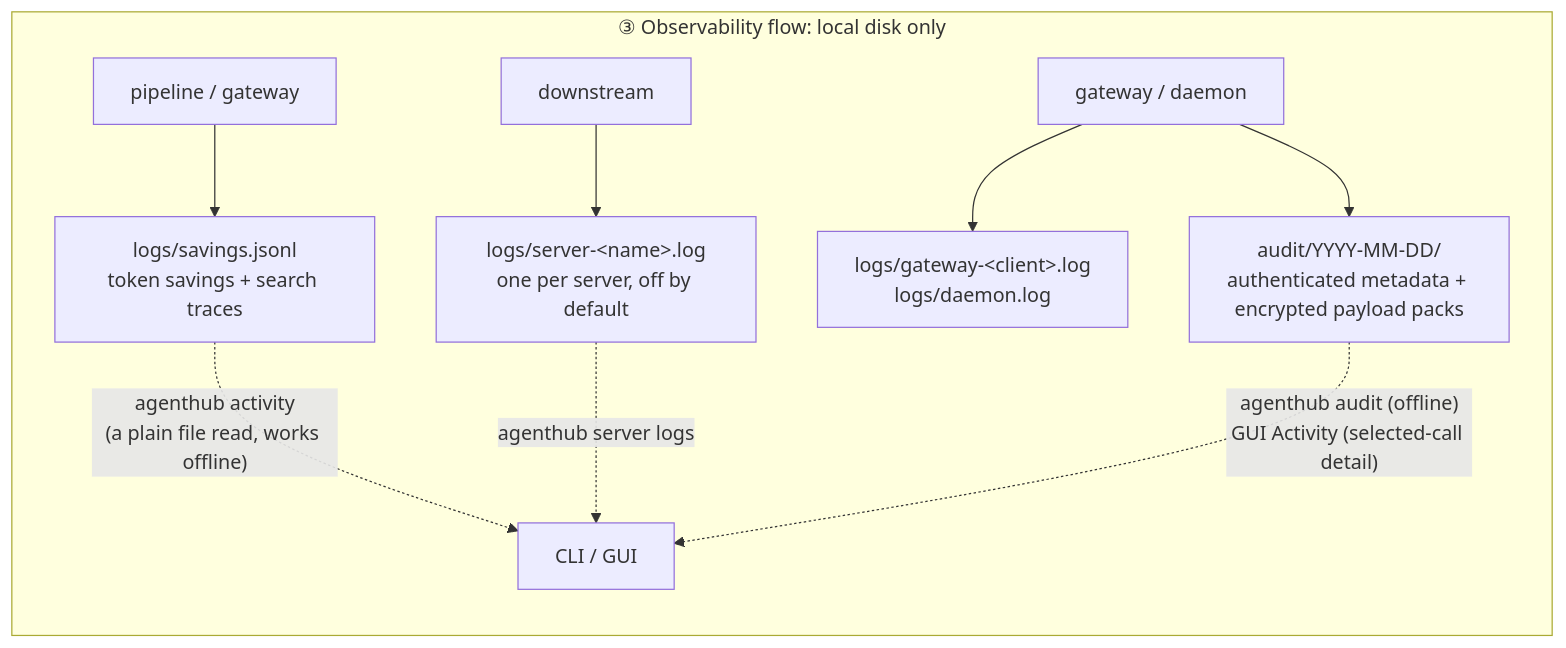
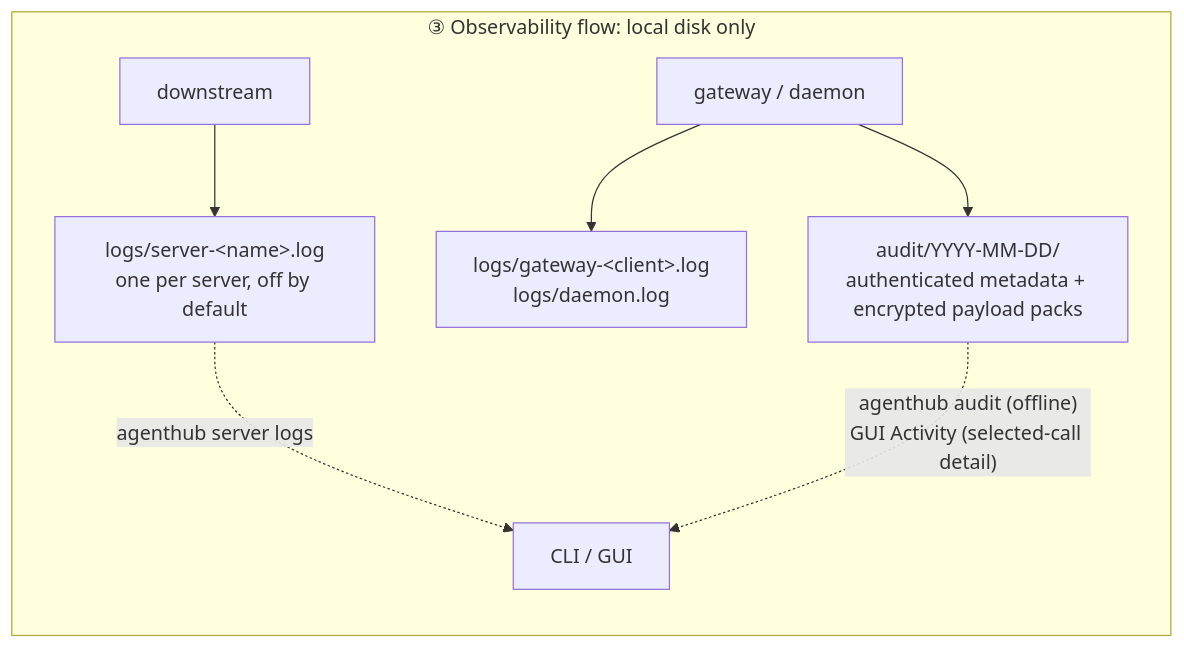
Before and after one commit to dinstein/agent-hub: the sixth of 8 diagrams in docs/architecture.md, drawn with Mermaid. The commit also changed other lines of this file and 5 other files, not shown here.

First line of the commit message:
docs: drop the token-savings ledger from the documented surface

````diff
--- a/docs/architecture.md
+++ b/docs/architecture.md
@@ -277,12 +276,10 @@
 ```mermaid
 flowchart LR
     subgraph obs["③ Observability flow: local disk only"]
-        P["pipeline / gateway"] --> A3["logs/savings.jsonl<br/>token savings + search traces"]
         DSX["downstream"] --> A4["logs/server-&lt;name&gt;.log<br/>one per server, off by default"]
         GW["gateway / daemon"] --> A5["logs/gateway-&lt;client&gt;.log<br/>logs/daemon.log"]
         GW --> A6["audit/YYYY-MM-DD/<br/>authenticated metadata + encrypted payload packs"]
-        A3 -.->|"agenthub activity<br/>(a plain file read, works offline)"| F["CLI / GUI"]
-        A4 -.->|"agenthub server logs"| F
+        A4 -.->|"agenthub server logs"| F["CLI / GUI"]
         A6 -.->|"agenthub audit (offline)<br/>GUI Activity (selected-call detail)"| F
     end
 ```
````
